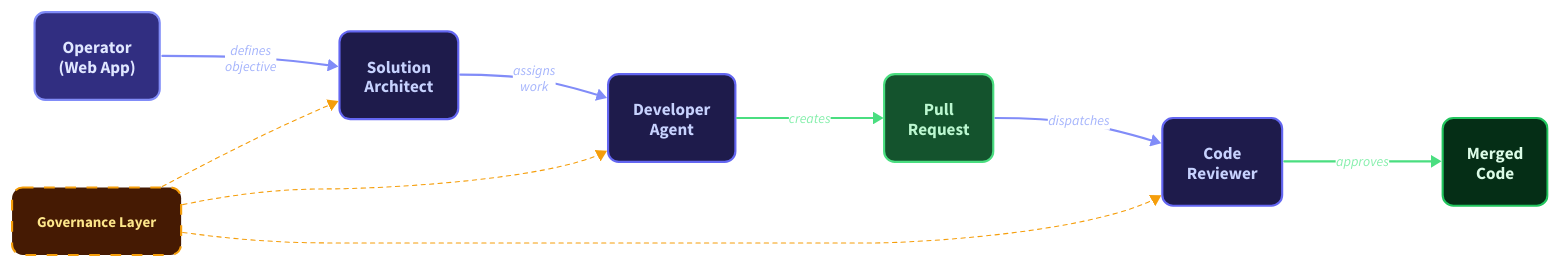
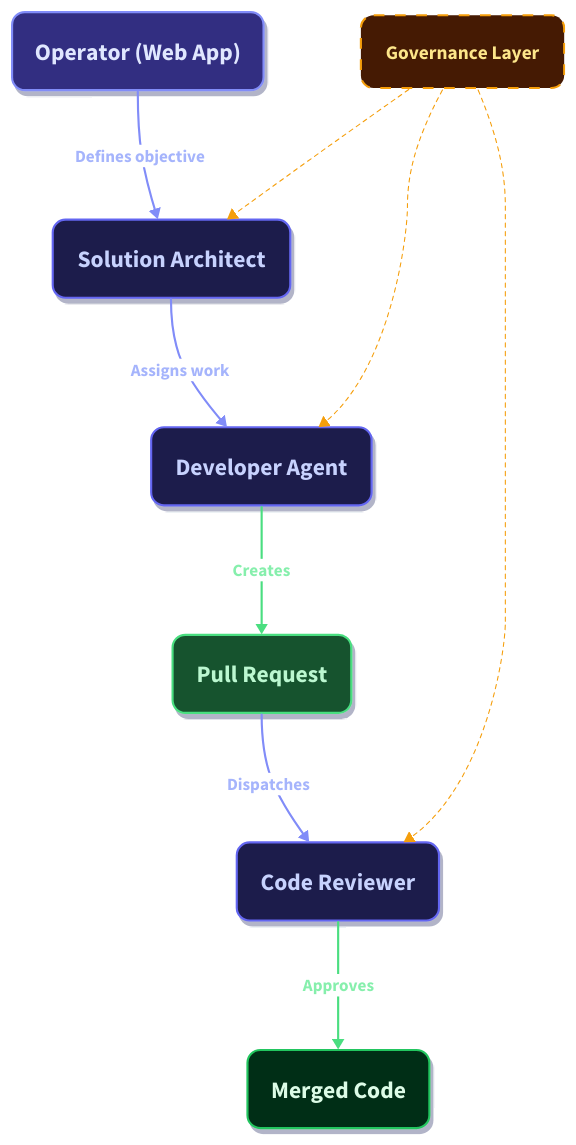
Before and after one commit to ai-agentopia/docs: the diagram in images/platform-overview.d2, drawn with D2. The commit also changed 2 other files, not shown here.

Commit message:
fix: vertical layout, font 22px, shadow, ELK engine

```diff
--- a/images/platform-overview.d2
+++ b/images/platform-overview.d2
@@ -1,170 +1,163 @@
-# Agentopia Platform Overview — clean left-to-right flow
-# Layout: Operator → SA → Developer → PR → Reviewer → Merged
+# Agentopia Platform Overview — vertical flow, large text
+direction: down
 
-direction: right
-
-# ── Top-level shapes (flat, no nested containers for cleaner layout) ──
-
-operator: {
-  label: "Operator\n(Web App)"
-  shape: rectangle
+operator: Operator (Web App) {
   style: {
     fill: "#312e81"
     stroke: "#818cf8"
-    border-radius: 10
+    border-radius: 12
     font-color: "#e0e7ff"
+    font-size: 22
+    bold: true
+    shadow: true
+  }
+}
+
+sa: Solution Architect {
+  style: {
+    fill: "#1e1b4b"
+    stroke: "#6366f1"
+    border-radius: 12
+    font-color: "#c7d2fe"
+    font-size: 22
+    bold: true
+    shadow: true
+  }
+}
+
+dev: Developer Agent {
+  style: {
+    fill: "#1e1b4b"
+    stroke: "#6366f1"
+    border-radius: 12
+    font-color: "#c7d2fe"
+    font-size: 22
+    bold: true
+    shadow: true
+  }
+}
+
+pr: Pull Request {
+  style: {
+    fill: "#14532d"
+    stroke: "#4ade80"
+    border-radius: 12
+    font-color: "#bbf7d0"
+    font-size: 22
+    bold: true
+    shadow: true
+  }
+}
+
+reviewer: Code Reviewer {
+  style: {
+    fill: "#1e1b4b"
+    stroke: "#6366f1"
+    border-radius: 12
+    font-color: "#c7d2fe"
+    font-size: 22
+    bold: true
+    shadow: true
+  }
+}
+
+merged: Merged Code {
+  style: {
+    fill: "#052e16"
+    stroke: "#22c55e"
+    border-radius: 12
+    font-color: "#dcfce7"
+    font-size: 22
+    bold: true
+    shadow: true
+  }
+}
+
+governance: Governance Layer {
+  style: {
+    fill: "#451a03"
+    stroke: "#f59e0b"
+    border-radius: 12
+    font-color: "#fde68a"
+    font-size: 18
+    stroke-dash: 5
+  }
+}
+
+# ── Main flow (top to bottom) ────────────────────────
+
+operator -> sa: Defines objective {
+  style: {
+    stroke: "#818cf8"
+    font-color: "#a5b4fc"
     font-size: 16
+    stroke-width: 2
     bold: true
   }
 }
 
-sa: {
-  label: "Solution\nArchitect"
-  shape: rectangle
+sa -> dev: Assigns work {
   style: {
-    fill: "#1e1b4b"
-    stroke: "#6366f1"
-    border-radius: 10
-    font-color: "#c7d2fe"
+    stroke: "#818cf8"
+    font-color: "#a5b4fc"
     font-size: 16
+    stroke-width: 2
     bold: true
   }
 }
 
-dev: {
-  label: "Developer\nAgent"
-  shape: rectangle
+dev -> pr: Creates {
   style: {
-    fill: "#1e1b4b"
-    stroke: "#6366f1"
-    border-radius: 10
-    font-color: "#c7d2fe"
+    stroke: "#4ade80"
+    font-color: "#86efac"
     font-size: 16
+    stroke-width: 2
     bold: true
   }
 }
 
-pr: {
-  label: "Pull\nRequest"
-  shape: rectangle
+pr -> reviewer: Dispatches {
   style: {
-    fill: "#14532d"
-    stroke: "#4ade80"
-    border-radius: 10
-    font-color: "#bbf7d0"
+    stroke: "#818cf8"
+    font-color: "#a5b4fc"
     font-size: 16
+    stroke-width: 2
     bold: true
   }
 }
 
-reviewer: {
-  label: "Code\nReviewer"
-  shape: rectangle
+reviewer -> merged: Approves {
   style: {
-    fill: "#1e1b4b"
-    stroke: "#6366f1"
-    border-radius: 10
-    font-color: "#c7d2fe"
+    stroke: "#4ade80"
+    font-color: "#86efac"
     font-size: 16
+    stroke-width: 2
     bold: true
   }
 }
 
-merged: {
-  label: "Merged\nCode"
-  shape: rectangle
-  style: {
-    fill: "#052e16"
-    stroke: "#22c55e"
-    border-radius: 10
-    font-color: "#dcfce7"
-    font-size: 16
-    bold: true
-  }
-}
+# ── Governance (side connections) ─────────────────────
 
-governance: {
-  label: "Governance Layer"
-  shape: rectangle
-  style: {
-    fill: "#451a03"
-    stroke: "#f59e0b"
-    border-radius: 10
-    font-color: "#fde68a"
-    font-size: 14
-    stroke-dash: 5
-  }
-}
-
-# ── Main flow (left to right) ────────────────────────
-
-operator -> sa: "defines\nobjective" {
-  style: {
-    stroke: "#818cf8"
-    font-color: "#a5b4fc"
-    font-size: 13
-    stroke-width: 2
-  }
-}
-
-sa -> dev: "assigns\nwork" {
-  style: {
-    stroke: "#818cf8"
-    font-color: "#a5b4fc"
-    font-size: 13
-    stroke-width: 2
-  }
-}
-
-dev -> pr: "creates" {
-  style: {
-    stroke: "#4ade80"
-    font-color: "#86efac"
-    font-size: 13
-    stroke-width: 2
-  }
-}
-
-pr -> reviewer: "dispatches" {
-  style: {
-    stroke: "#818cf8"
-    font-color: "#a5b4fc"
-    font-size: 13
-    stroke-width: 2
-  }
-}
-
-reviewer -> merged: "approves" {
-  style: {
-    stroke: "#4ade80"
-    font-color: "#86efac"
-    font-size: 13
-    stroke-width: 2
-  }
-}
-
-# ── Governance (below, simple) ───────────────────────
-
-governance -> sa: "" {
+governance -> sa {
   style: {
     stroke: "#f59e0b"
     stroke-dash: 4
     stroke-width: 1
   }
 }
 
-governance -> dev: "" {
+governance -> dev {
   style: {
     stroke: "#f59e0b"
     stroke-dash: 4
     stroke-width: 1
   }
 }
 
-governance -> reviewer: "" {
+governance -> reviewer {
   style: {
     stroke: "#f59e0b"
     stroke-dash: 4
     stroke-width: 1
   }
 }
```
